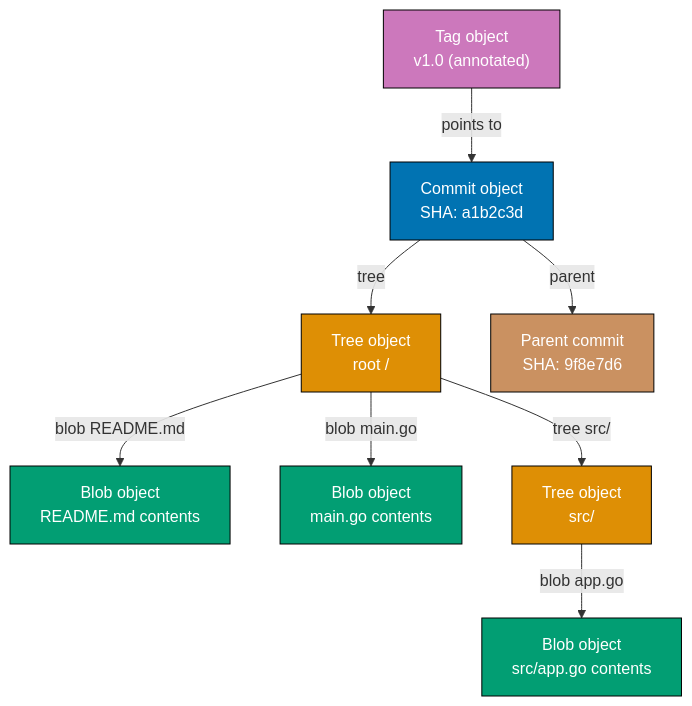
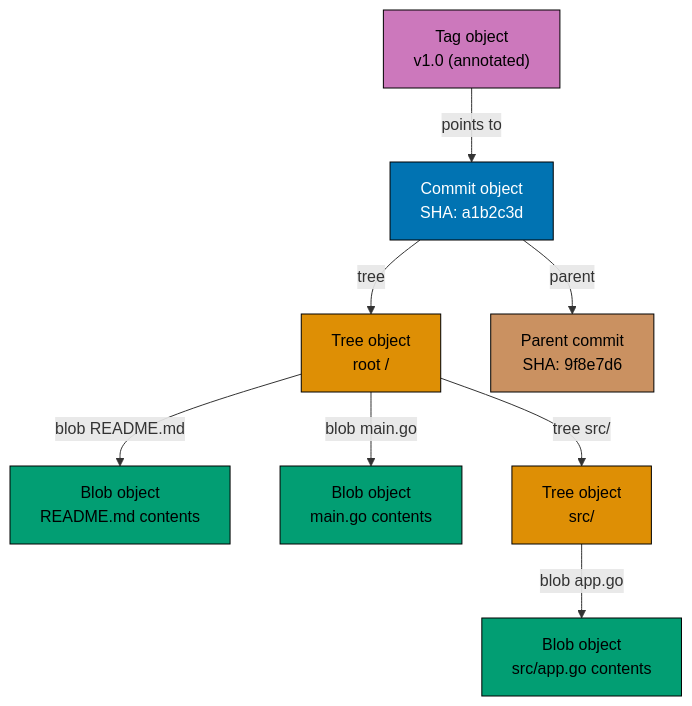
Before and after one commit to wahidyankf/ose-public: the tenth of 14 diagrams in apps/ayokoding-www/content/en/learn/legacy/software-engineering/automation-tools/git/by-example/advanced.md, drawn with Mermaid. The commit also changed other lines of this file and 131 other files, not shown here.

First line of the commit message:
fix(mermaid): bring the legacy data, infrastructure, and testing diagrams onto the accessible palette

````diff
--- a/apps/ayokoding-www/content/en/learn/legacy/software-engineering/automation-tools/git/by-example/advanced.md
+++ b/apps/ayokoding-www/content/en/learn/legacy/software-engineering/automation-tools/git/by-example/advanced.md
@@ -1043,29 +1089,37 @@
 ```mermaid
 %% Color Palette: Blue #0173B2, Orange #DE8F05, Teal #029E73, Purple #CC78BC, Brown #CA9161
 graph TD
+    accTitle: Example 75: The Git Object Model — Blobs, Trees, Commits, Tags
+    accDescr: Graph with 8 nodes and 7 connections. Nodes: Tag object v1.0 (annotated), Commit object SHA: a1b2c3d, Tree object root /, Blob object README.md contents, Blob object main.go contents, Tree object src/, Blob object src/app.go contents, Parent commit SHA: 9f8e7d6. Connections: Tag object v1.0 (annotated) to Commit object SHA: a1b2c3d (points to), Commit object SHA: a1b2c3d to Tree object root / (tree), Commit object SHA: a1b2c3d to Parent commit SHA: 9f8e7d6 (parent), Tree object root / to Blob object README.md contents (blob README.md), Tree object root / to Blob object main.go contents (blob main.go), Tree object root / to Tree object src/ (tree src/), Tree object src/ to Blob object src/app.go contents (blob app.go).
     TAG["Tag object<br/>v1.0 (annotated)"]
     COMMIT["Commit object<br/>SHA: a1b2c3d"]
     TREE["Tree object<br/>root /"]
     BLOB1["Blob object<br/>README.md contents"]
     BLOB2["Blob object<br/>main.go contents"]
     SUBTREE["Tree object<br/>src/"]
     BLOB3["Blob object<br/>src/app.go contents"]
     PARENT["Parent commit<br/>SHA: 9f8e7d6"]
 
     TAG -- points to --> COMMIT
     COMMIT -- tree --> TREE
     COMMIT -- parent --> PARENT
     TREE -- blob README.md --> BLOB1
     TREE -- blob main.go --> BLOB2
     TREE -- tree src/ --> SUBTREE
     SUBTREE -- blob app.go --> BLOB3
 
-    style TAG fill:#CC78BC,stroke:#000,color:#fff
-    style COMMIT fill:#0173B2,stroke:#000,color:#fff
-    style TREE fill:#DE8F05,stroke:#000,color:#fff
-    style BLOB1 fill:#029E73,stroke:#000,color:#fff
-    style BLOB2 fill:#029E73,stroke:#000,color:#fff
-    style SUBTREE fill:#DE8F05,stroke:#000,color:#fff
-    style BLOB3 fill:#029E73,stroke:#000,color:#fff
-    style PARENT fill:#CA9161,stroke:#000,color:#fff
+    classDef pal-CC78BC fill:#CC78BC,stroke:#000000,color:#000000
+    class TAG pal-CC78BC
+    classDef pal-0173B2 fill:#0173B2,stroke:#000000,color:#FFFFFF
+    class COMMIT pal-0173B2
+    classDef pal-DE8F05 fill:#DE8F05,stroke:#000000,color:#000000
+    class TREE pal-DE8F05
+    classDef pal-029E73 fill:#029E73,stroke:#000000,color:#000000
+    class BLOB1 pal-029E73
+    class BLOB2 pal-029E73
+    class SUBTREE pal-DE8F05
+    class BLOB3 pal-029E73
+    classDef pal-CA9161 fill:#CA9161,stroke:#000000,color:#000000
+    class PARENT pal-CA9161
+    classDef default fill:#FFFFFF,stroke:#000000,color:#000000
 ```
````
